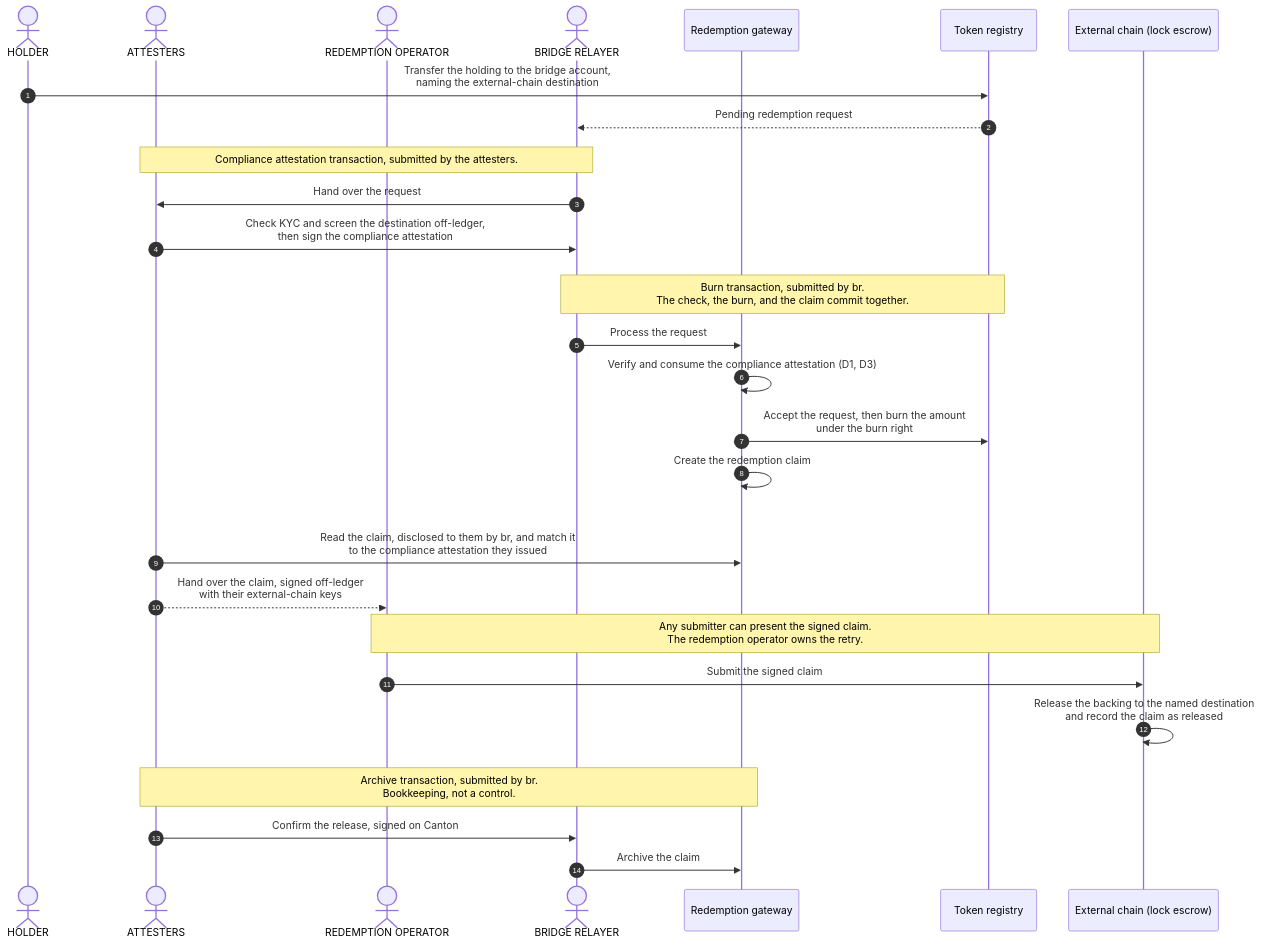
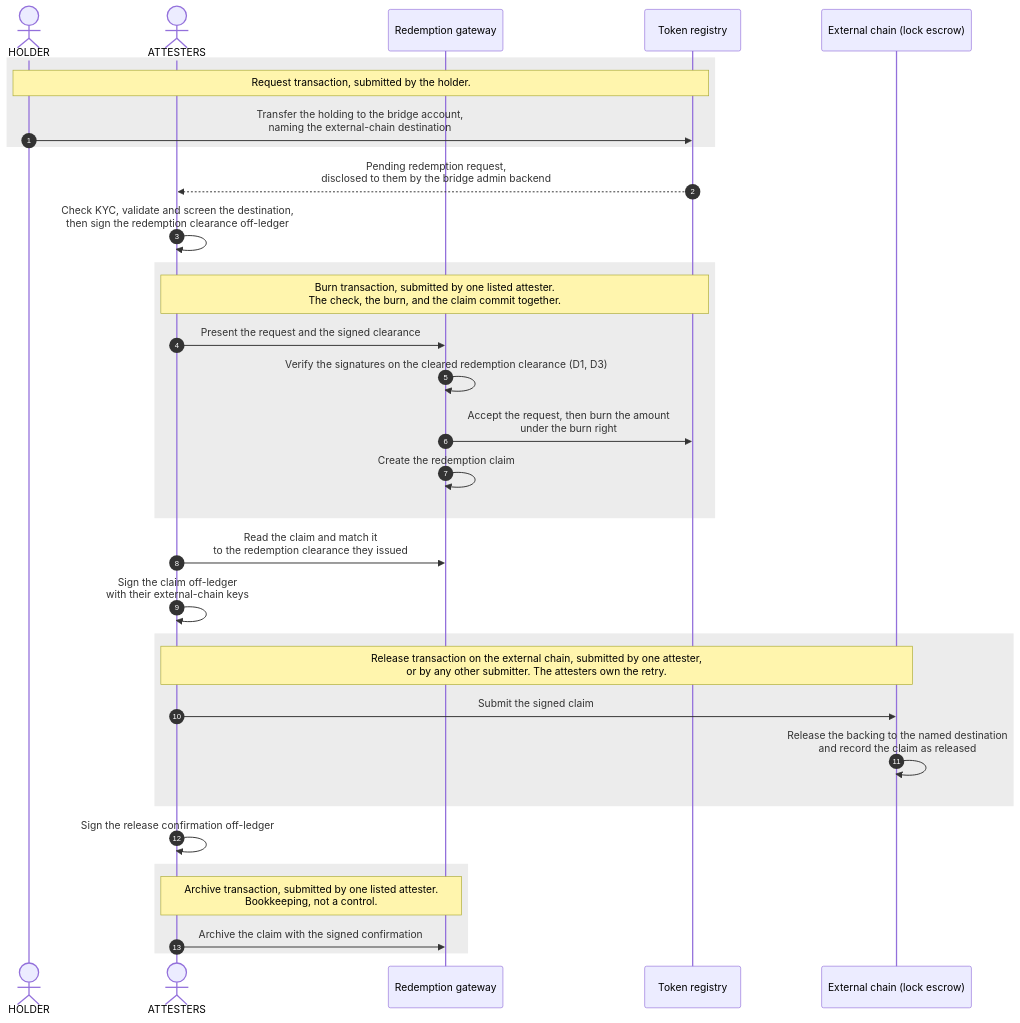
One commit to OpenZeppelin/canton-specs changed the fifth of 5 diagrams in docs/reference-architectures/cross-chain-stablecoin.md. Above: the diagram before and after it, drawn with Mermaid. The commit also changed other lines of this file and 1 other file, not shown here.

First line of the commit message:
cross-chain stablecoin bridge: Address review feedback (#226)

````diff
--- a/docs/reference-architectures/cross-chain-stablecoin.md
+++ b/docs/reference-architectures/cross-chain-stablecoin.md
@@ -684,36 +692,35 @@
 ```mermaid
 sequenceDiagram
     autonumber
     actor Holder as HOLDER
     actor Attesters as ATTESTERS
-    actor Operator as REDEMPTION OPERATOR
-    actor Relayer as BRIDGE RELAYER
     participant Redeem as Redemption gateway
     participant Registry as Token registry
     participant Chain as External chain (lock escrow)
 
-    Holder->>Registry: Transfer the holding to the bridge account,<br/>naming the external-chain destination
-    Registry-->>Relayer: Pending redemption request
-    rect rgba(255, 255, 255, .1)
-        Note over Attesters,Relayer: Compliance attestation transaction, submitted by the attesters.
-        Relayer->>Attesters: Hand over the request
-        Attesters->>Relayer: Check KYC and screen the destination off-ledger,<br/>then sign the compliance attestation
+    rect rgba(127, 127, 127, .15)
+        Note over Holder,Registry: Request transaction, submitted by the holder.
+        Holder->>Registry: Transfer the holding to the bridge account,<br/>naming the external-chain destination
     end
-    rect rgba(255, 255, 255, .1)
-        Note over Relayer,Registry: Burn transaction, submitted by br.<br/>The check, the burn, and the claim commit together.
-        Relayer->>Redeem: Process the request
-        Redeem->>Redeem: Verify and consume the compliance attestation (D1, D3)
+    Registry-->>Attesters: Pending redemption request,<br/>disclosed to them by the bridge admin backend
+    Attesters->>Attesters: Check KYC, validate and screen the destination,<br/>then sign the redemption clearance off-ledger
+    rect rgba(127, 127, 127, .15)
+        Note over Attesters,Registry: Burn transaction, submitted by one listed attester.<br/>The check, the burn, and the claim commit together.
+        Attesters->>Redeem: Present the request and the signed clearance
+        Redeem->>Redeem: Verify the signatures on the cleared redemption clearance (D1, D3)
         Redeem->>Registry: Accept the request, then burn the amount<br/>under the burn right
         Redeem->>Redeem: Create the redemption claim
     end
-    Attesters->>Redeem: Read the claim, disclosed to them by br, and match it<br/>to the compliance attestation they issued
-    Attesters-->>Operator: Hand over the claim, signed off-ledger<br/>with their external-chain keys
-    Note over Operator,Chain: Any submitter can present the signed claim.<br/>The redemption operator owns the retry.
-    Operator->>Chain: Submit the signed claim
-    Chain->>Chain: Release the backing to the named destination<br/>and record the claim as released
-    rect rgba(255, 255, 255, .1)
-        Note over Attesters,Redeem: Archive transaction, submitted by br.<br/>Bookkeeping, not a control.
-        Attesters->>Relayer: Confirm the release, signed on Canton
-        Relayer->>Redeem: Archive the claim
+    Attesters->>Redeem: Read the claim and match it<br/>to the redemption clearance they issued
+    Attesters->>Attesters: Sign the claim off-ledger<br/>with their external-chain keys
+    rect rgba(127, 127, 127, .15)
+        Note over Attesters,Chain: Release transaction on the external chain, submitted by one attester,<br/>or by any other submitter. The attesters own the retry.
+        Attesters->>Chain: Submit the signed claim
+        Chain->>Chain: Release the backing to the named destination<br/>and record the claim as released
+    end
+    Attesters->>Attesters: Sign the release confirmation off-ledger
+    rect rgba(127, 127, 127, .15)
+        Note over Attesters,Redeem: Archive transaction, submitted by one listed attester.<br/>Bookkeeping, not a control.
+        Attesters->>Redeem: Archive the claim with the signed confirmation
     end
 ```
````
